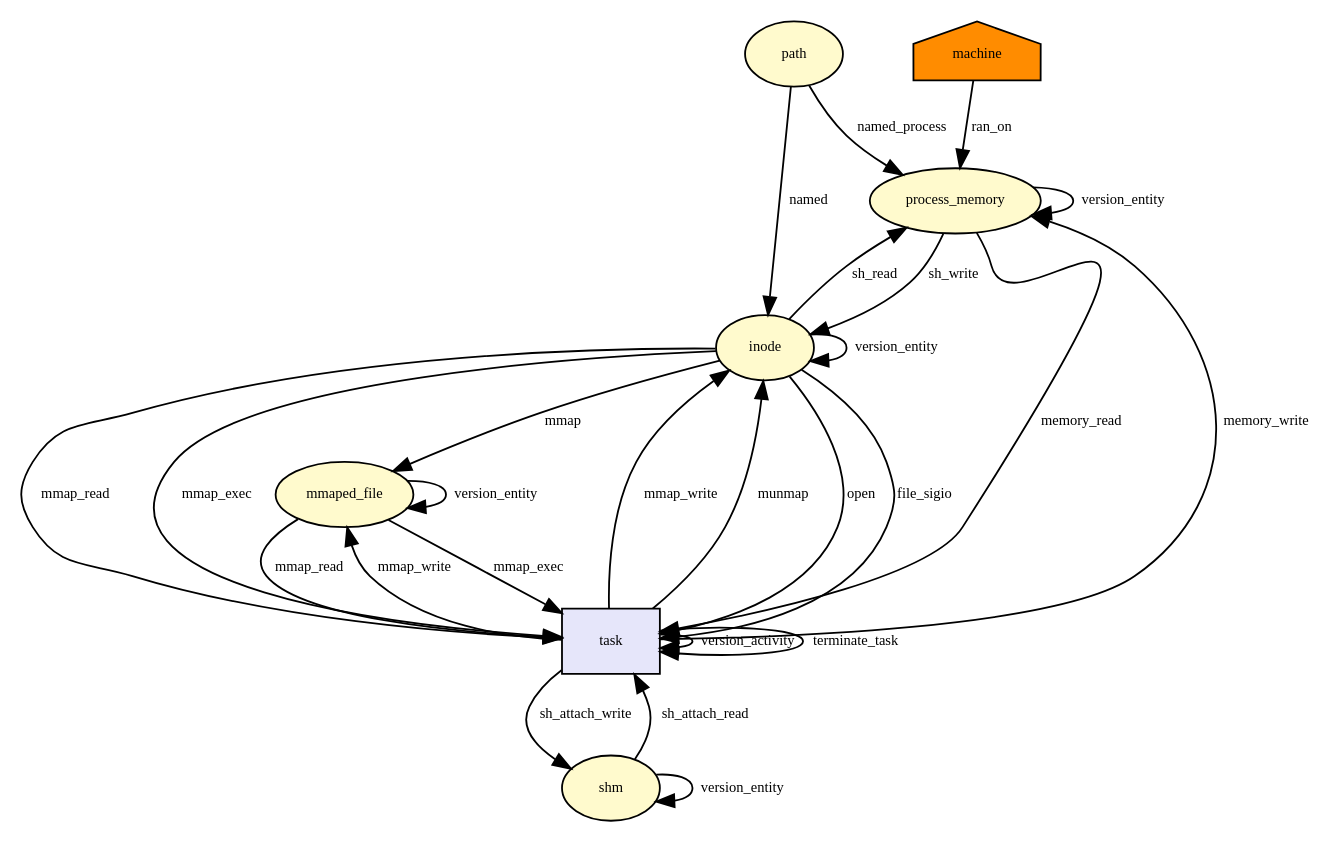
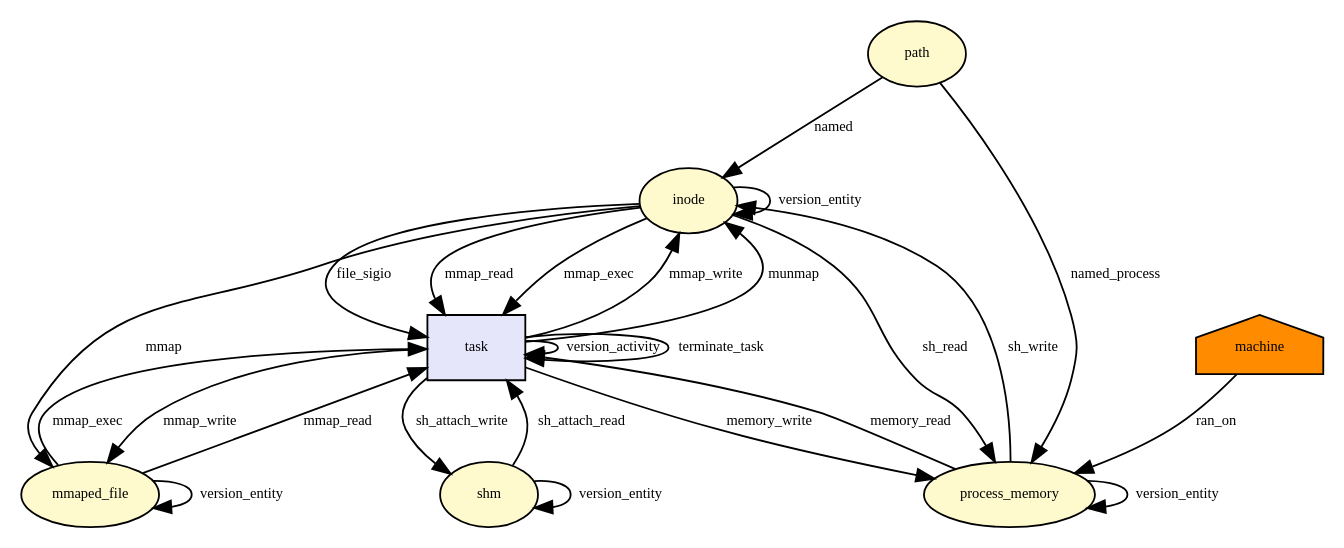
Before and after one commit to CamFlow/camflow-dev: the diagram in docs/dot/__x64_sys_shmat.dot, drawn with Graphviz. The commit also changed 8 other files, not shown here.

```diff
--- a/docs/dot/__x64_sys_shmat.dot
+++ b/docs/dot/__x64_sys_shmat.dot
@@ -1,65 +1,63 @@
-digraph RGL__DirectedAdjacencyGraph {path[fontsize = 8,label = path,shape = ellipse, fillcolor="#fffacd", style = filled]
-
-process_memory[fontsize = 8,label = process_memory,shape = ellipse, fillcolor="#fffacd", style = filled]
-
-path -> process_memory[fontsize = 8,label = named_process]
-
-machine[fontsize = 8,label = machine,shape = house, fillcolor="#ff8c00", style = filled]
-
-machine -> process_memory[fontsize = 8,label = ran_on]
-
-inode[fontsize = 8,label = inode,shape = ellipse, fillcolor="#fffacd", style = filled]
-
-path -> inode[fontsize = 8,label = named]
+digraph RGL__DirectedAdjacencyGraph {inode[fontsize = 8,label = inode,shape = ellipse, fillcolor="#fffacd", style = filled]
 
 task[fontsize = 8,label = task,shape = rectangle, fillcolor="#e6e6fa", style = filled]
 
-inode -> task[fontsize = 8,label = open]
+inode -> task[fontsize = 8,label = file_sigio]
+
+process_memory[fontsize = 8,label = process_memory,shape = ellipse, fillcolor="#fffacd", style = filled]
 
 task -> process_memory[fontsize = 8,label = memory_write]
 
 task -> task[fontsize = 8,label = version_activity]
 
 process_memory -> process_memory[fontsize = 8,label = version_entity]
 
 process_memory -> inode[fontsize = 8,label = sh_write]
 
 inode -> inode[fontsize = 8,label = version_entity]
 
-inode -> task[fontsize = 8,label = file_sigio]
+path[fontsize = 8,label = path,shape = ellipse, fillcolor="#fffacd", style = filled]
+
+path -> process_memory[fontsize = 8,label = named_process]
+
+machine[fontsize = 8,label = machine,shape = house, fillcolor="#ff8c00", style = filled]
+
+machine -> process_memory[fontsize = 8,label = ran_on]
+
+path -> inode[fontsize = 8,label = named]
 
 process_memory -> task[fontsize = 8,label = memory_read]
 
 task -> inode[fontsize = 8,label = mmap_write]
 
 inode -> process_memory[fontsize = 8,label = sh_read]
 
 inode -> task[fontsize = 8,label = mmap_read]
 
 inode -> task[fontsize = 8,label = mmap_exec]
 
 mmaped_file[fontsize = 8,label = mmaped_file,shape = ellipse, fillcolor="#fffacd", style = filled]
 
 inode -> mmaped_file[fontsize = 8,label = mmap]
 
 mmaped_file -> mmaped_file[fontsize = 8,label = version_entity]
 
 task -> mmaped_file[fontsize = 8,label = mmap_write]
 
 mmaped_file -> task[fontsize = 8,label = mmap_read]
 
 mmaped_file -> task[fontsize = 8,label = mmap_exec]
 
 task -> inode[fontsize = 8,label = munmap]
 
 shm[fontsize = 8,label = shm,shape = ellipse, fillcolor="#fffacd", style = filled]
 
 shm -> task[fontsize = 8,label = sh_attach_read]
 
 task -> shm[fontsize = 8,label = sh_attach_write]
 
 shm -> shm[fontsize = 8,label = version_entity]
 
 task -> task[fontsize = 8,label = terminate_task]
 
 }
```
